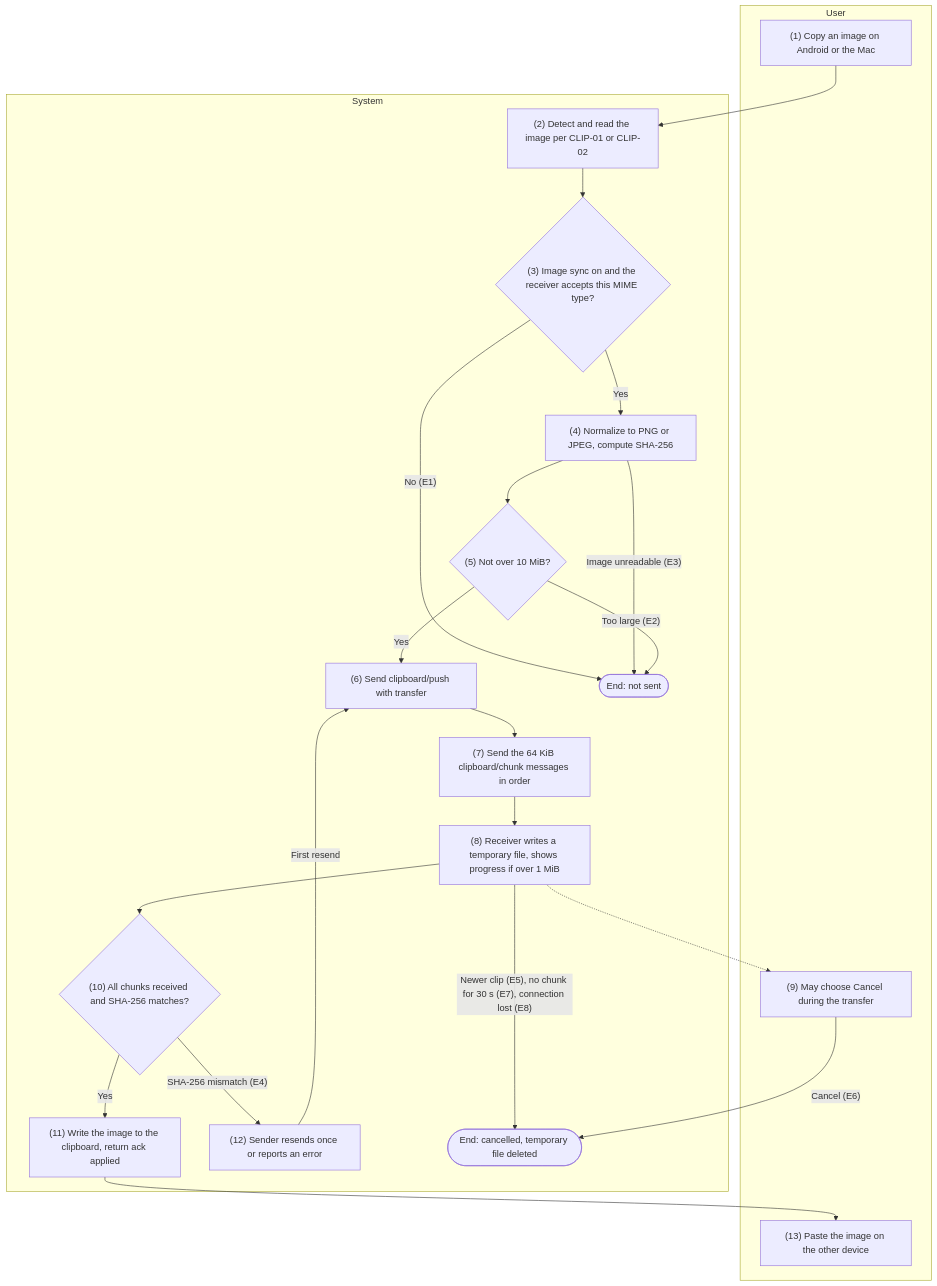
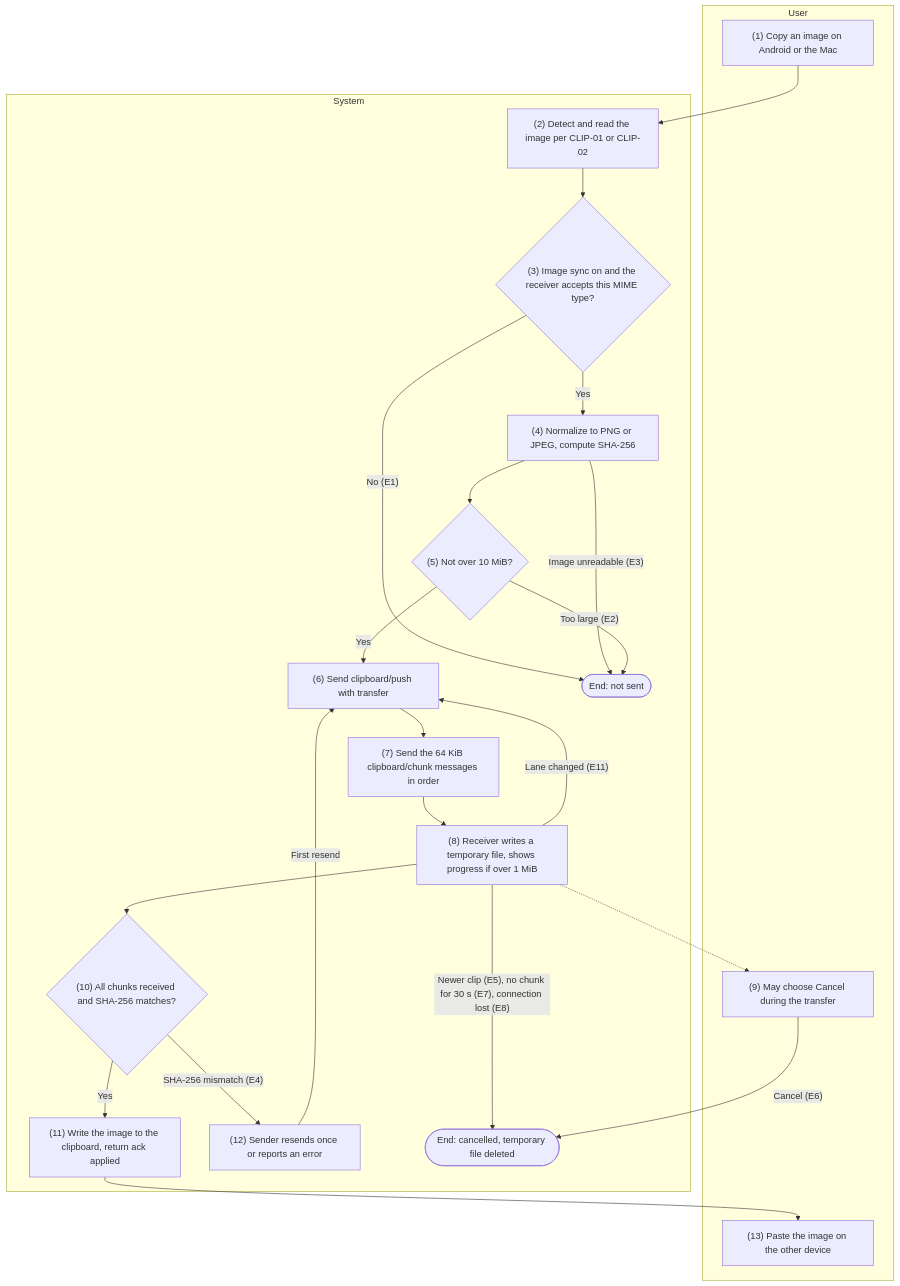
Before and after one commit to HandLive/handlive: the third of 5 diagrams in docs/detailed-design/04-clipboard.md, drawn with Mermaid. The commit also changed other lines of this file and 32 other files, not shown here.

````diff
--- a/docs/detailed-design/04-clipboard.md
+++ b/docs/detailed-design/04-clipboard.md
@@ -858,35 +859,36 @@
 ```mermaid
 flowchart TB
   subgraph ND["User"]
     U1["(1) Copy an image on Android or the Mac"]
     U9["(9) May choose Cancel during the transfer"]
     U13["(13) Paste the image on the other device"]
   end
   subgraph HT["System"]
     S2["(2) Detect and read the image per CLIP-01 or CLIP-02"]
     D3{"(3) Image sync on and the receiver accepts this MIME type?"}
     S4["(4) Normalize to PNG or JPEG, compute SHA-256"]
     D5{"(5) Not over 10 MiB?"}
     S6["(6) Send clipboard/push with transfer"]
     S7["(7) Send the 64 KiB clipboard/chunk messages in order"]
     S8["(8) Receiver writes a temporary file, shows progress if over 1 MiB"]
     D10{"(10) All chunks received and SHA-256 matches?"}
     S11["(11) Write the image to the clipboard, return ack applied"]
     S12["(12) Sender resends once or reports an error"]
     X1(["End: not sent"])
     X2(["End: cancelled, temporary file deleted"])
   end
   U1 --> S2 --> D3
   D3 -- "No (E1)" --> X1
   D3 -- "Yes" --> S4
   S4 -- "Image unreadable (E3)" --> X1
   S4 --> D5
   D5 -- "Too large (E2)" --> X1
   D5 -- "Yes" --> S6 --> S7 --> S8 --> D10
   S8 -.-> U9
   U9 -- "Cancel (E6)" --> X2
   S8 -- "Newer clip (E5), no chunk for 30 s (E7), connection lost (E8)" --> X2
+  S8 -- "Lane changed (E11)" --> S6
   D10 -- "Yes" --> S11 --> U13
   D10 -- "SHA-256 mismatch (E4)" --> S12
   S12 -- "First resend" --> S6
 ```
````
